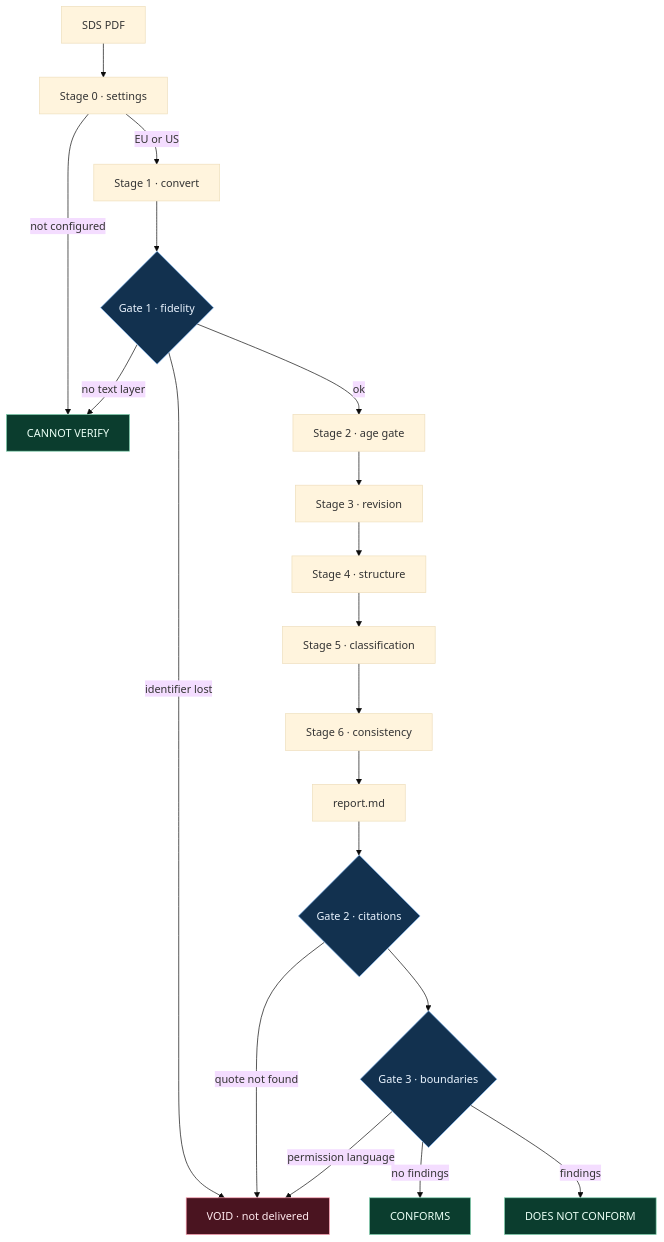
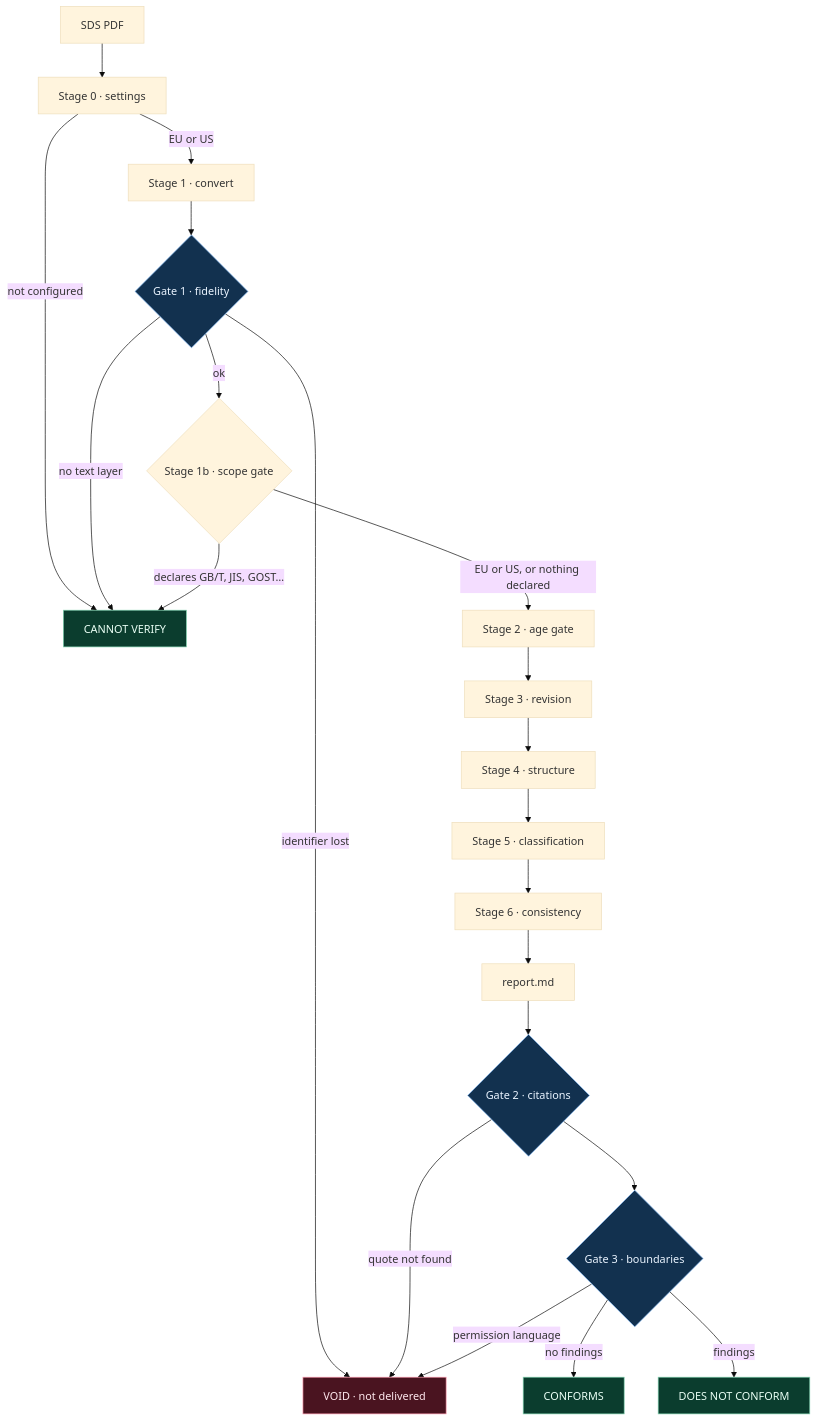
The first of 2 diagrams in README.md (sergeymanevitch/Salus), drawn with Mermaid (base theme) before and after one commit. The commit also changed other lines of this file and 14 other files, not shown here.

````diff
--- a/README.md
+++ b/README.md
@@ -158,28 +172,30 @@
 ```mermaid
 flowchart TD
     SDS["SDS PDF"] --> S0["Stage 0 · settings"]
     S0 -->|not configured| CV["CANNOT VERIFY"]
     S0 -->|EU or US| S1["Stage 1 · convert"]
     S1 --> G1{"Gate 1 · fidelity"}
     G1 -->|no text layer| CV
     G1 -->|identifier lost| VOID["VOID · not delivered"]
-    G1 -->|ok| S2["Stage 2 · age gate"]
+    G1 -->|ok| SC{"Stage 1b · scope gate"}
+    SC -->|"declares GB/T, JIS, GOST…"| CV
+    SC -->|EU or US, or nothing declared| S2["Stage 2 · age gate"]
     S2 --> S3["Stage 3 · revision"]
     S3 --> S4["Stage 4 · structure"]
     S4 --> S5["Stage 5 · classification"]
     S5 --> S6["Stage 6 · consistency"]
     S6 --> REP["report.md"]
     REP --> G2{"Gate 2 · citations"}
     G2 -->|quote not found| VOID
     G2 --> G3{"Gate 3 · boundaries"}
     G3 -->|permission language| VOID
     G3 -->|no findings| OK["CONFORMS"]
     G3 -->|findings| NO["DOES NOT CONFORM"]
 
     classDef v fill:#0b3d2e,stroke:#7fd1ae,color:#eafff5
     classDef b fill:#4a1420,stroke:#ff9db0,color:#ffe9ee
     classDef g fill:#12314f,stroke:#7fb6f0,color:#eaf4ff
     class OK,NO,CV v
     class VOID b
     class G1,G2,G3 g
 ```
````
